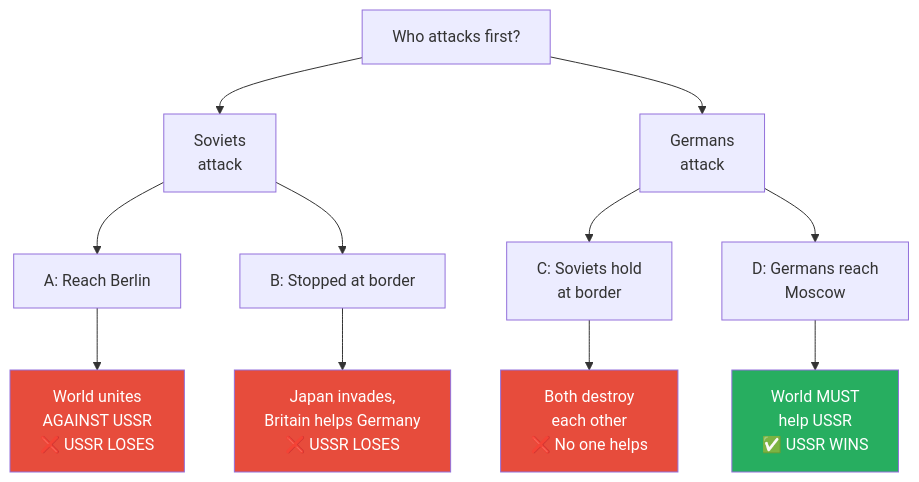
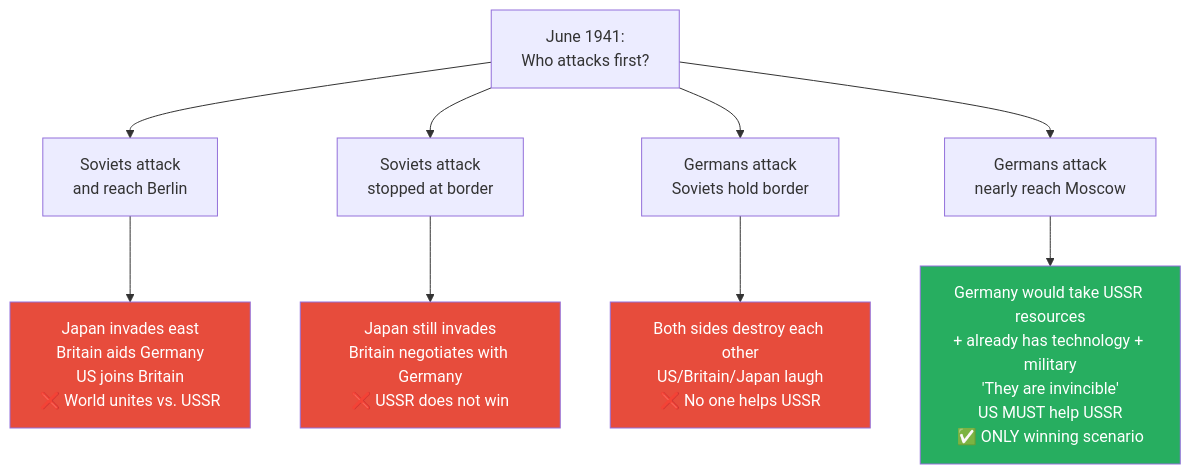
The sixth of 11 diagrams in summaries/Lectures/Geo-Strategy/10 - Putin's Strategic Imagination.md (alius33/reader), drawn with Mermaid before and after one commit. The commit also changed other lines of this file and 26 other files, not shown here.

````diff
--- a/summaries/Lectures/Geo-Strategy/10 - Putin's Strategic Imagination.md
+++ b/summaries/Lectures/Geo-Strategy/10 - Putin's Strategic Imagination.md
@@ -512,18 +339,16 @@
 ```mermaid
 flowchart TB
-    Q["Who attacks first?"]
-    Q --> SA["Soviets<br/>attack"]
-    Q --> GA["Germans<br/>attack"]
-    SA --> A["A: Reach Berlin"]
-    SA --> B["B: Stopped at border"]
-    GA --> C["C: Soviets hold<br/>at border"]
-    GA --> D["D: Germans reach<br/>Moscow"]
-    A --> RA["World unites<br/>AGAINST USSR<br/>❌ USSR LOSES"]
-    B --> RB["Japan invades,<br/>Britain helps Germany<br/>❌ USSR LOSES"]
-    C --> RC["Both destroy<br/>each other<br/>❌ No one helps"]
-    D --> RD["World MUST<br/>help USSR<br/>✅ USSR WINS"]
+    Q["June 1941:<br/>Who attacks first?"]
+    Q --> SA["Soviets attack<br/>and reach Berlin"]
+    Q --> SB["Soviets attack<br/>stopped at border"]
+    Q --> GC["Germans attack<br/>Soviets hold border"]
+    Q --> GD["Germans attack<br/>nearly reach Moscow"]
+    SA --> RA["Japan invades east<br/>Britain aids Germany<br/>US joins Britain<br/>❌ World unites vs. USSR"]
+    SB --> RB["Japan still invades<br/>Britain negotiates with Germany<br/>❌ USSR does not win"]
+    GC --> RC["Both sides destroy each other<br/>US/Britain/Japan laugh<br/>❌ No one helps USSR"]
+    GD --> RD["Germany would take USSR resources<br/>+ already has technology + military<br/>'They are invincible'<br/>US MUST help USSR<br/>✅ ONLY winning scenario"]
     style RA fill:#e74c3c,color:#fff
     style RB fill:#e74c3c,color:#fff
     style RC fill:#e74c3c,color:#fff
     style RD fill:#27ae60,color:#fff
 ```
````
